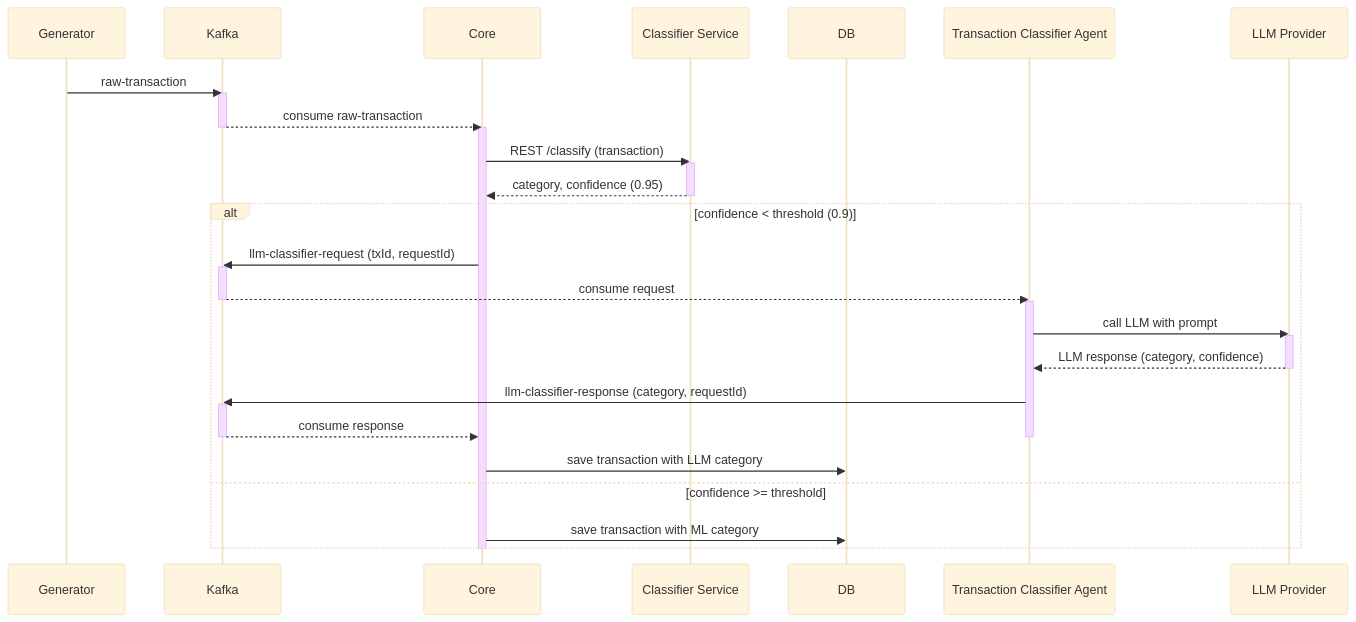
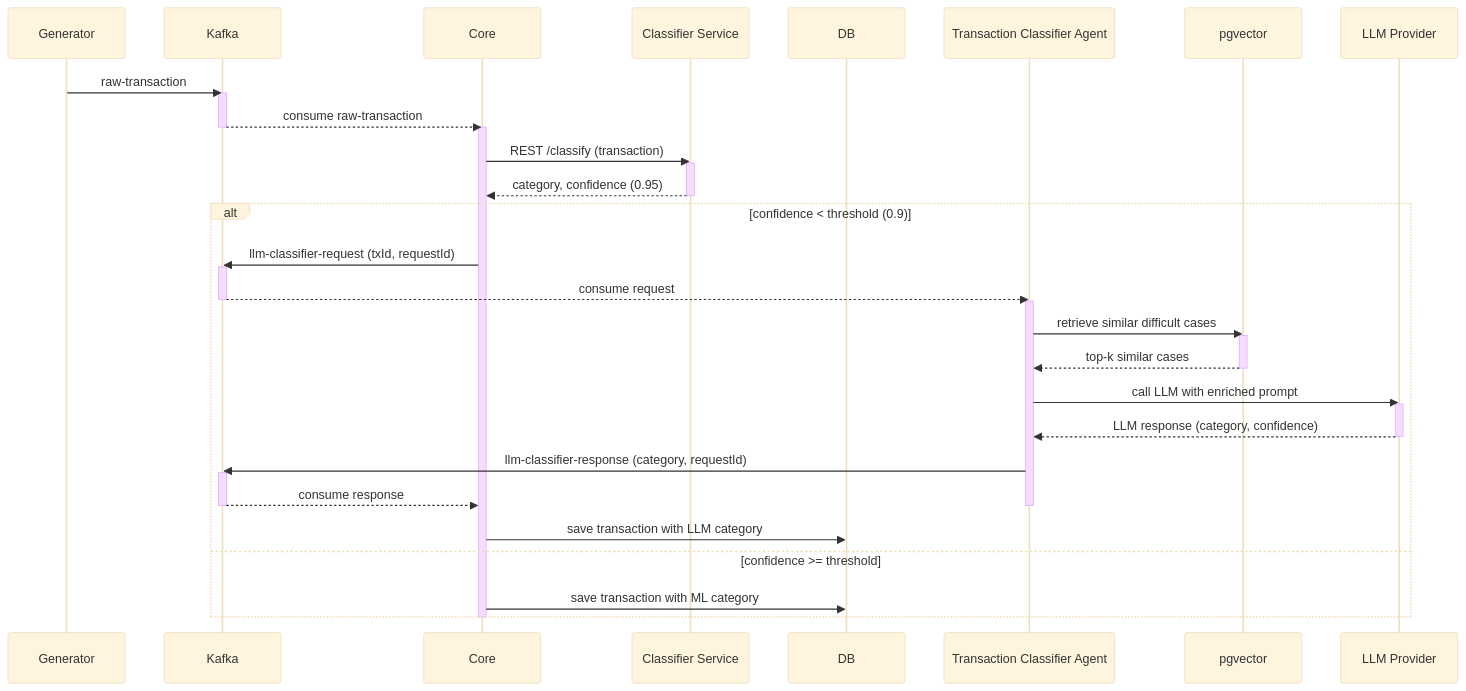
The fourth of 7 diagrams in docs/architecture_diagrams.md (irunazushan/finSense), drawn with Mermaid (base theme) before and after one commit. The commit also changed other lines of this file and 13 other files, not shown here.

````diff
--- a/docs/architecture_diagrams.md
+++ b/docs/architecture_diagrams.md
@@ -136,45 +138,49 @@
 ```mermaid
 sequenceDiagram
     participant Generator
     participant Kafka
     participant Core
     participant Classifier as Classifier Service
     participant DB
     participant Reasoning as Transaction Classifier Agent
+    participant VectorDB as pgvector
     participant LLM as LLM Provider
 
     Generator->>Kafka: raw-transaction
     activate Kafka
     Kafka-->>Core: consume raw-transaction
     deactivate Kafka
 
     activate Core
     Core->>Classifier: REST /classify (transaction)
     activate Classifier
     Classifier-->>Core: category, confidence (0.95)
     deactivate Classifier
 
     alt confidence < threshold (0.9)
         Core->>Kafka: llm-classifier-request (txId, requestId)
         activate Kafka
         Kafka-->>Reasoning: consume request
         deactivate Kafka
         
         activate Reasoning
-       
-        Reasoning->>LLM: call LLM with prompt
+        Reasoning->>VectorDB: retrieve similar difficult cases
+        activate VectorDB
+        VectorDB-->>Reasoning: top-k similar cases
+        deactivate VectorDB
+        Reasoning->>LLM: call LLM with enriched prompt
         activate LLM
         LLM-->>Reasoning: LLM response (category, confidence)
         deactivate LLM
         Reasoning->>Kafka: llm-classifier-response (category, requestId)
         activate Kafka
         Kafka-->>Core: consume response
         deactivate Kafka
         deactivate Reasoning
         
         Core->>DB: save transaction with LLM category
     else confidence >= threshold
         Core->>DB: save transaction with ML category
     end
     deactivate Core
 ```
````
